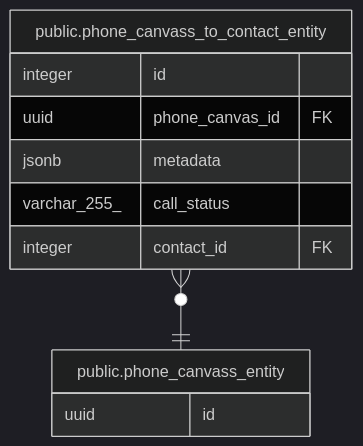
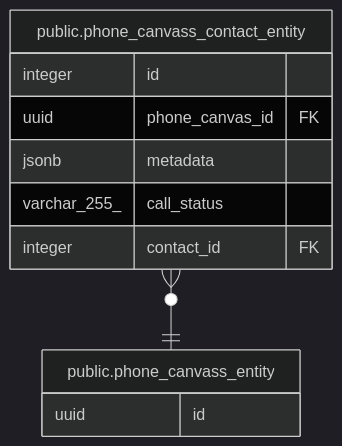
The diagram in doc/schema/public.phone_canvass_entity.md (gpo/grassroots), drawn with Mermaid (dark theme) before and after one commit. The commit also changed other lines of this file and 5 other files, not shown here.

````diff
--- a/doc/schema/public.phone_canvass_entity.md
+++ b/doc/schema/public.phone_canvass_entity.md
@@ -26,16 +26,16 @@
 ```mermaid
 erDiagram
 
-"public.phone_canvass_to_contact_entity" }o--|| "public.phone_canvass_entity" : ""
+"public.phone_canvass_contact_entity" }o--|| "public.phone_canvass_entity" : ""
 
 "public.phone_canvass_entity" {
   uuid id
 }
-"public.phone_canvass_to_contact_entity" {
+"public.phone_canvass_contact_entity" {
   integer id
   uuid phone_canvas_id FK
   jsonb metadata
   varchar_255_ call_status
   integer contact_id FK
 }
 ```
````
